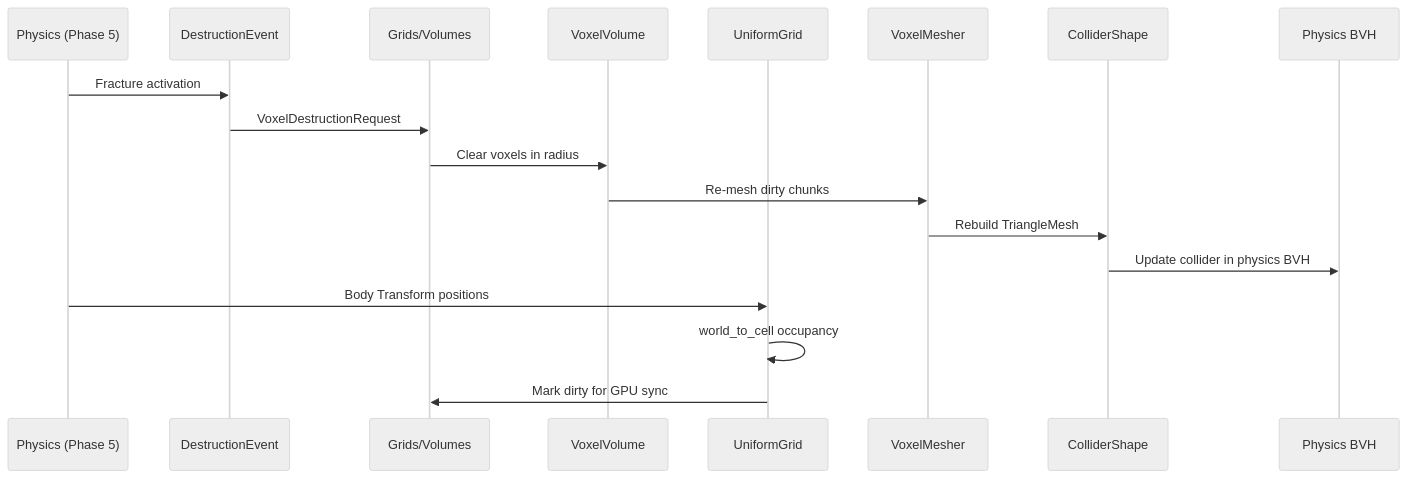
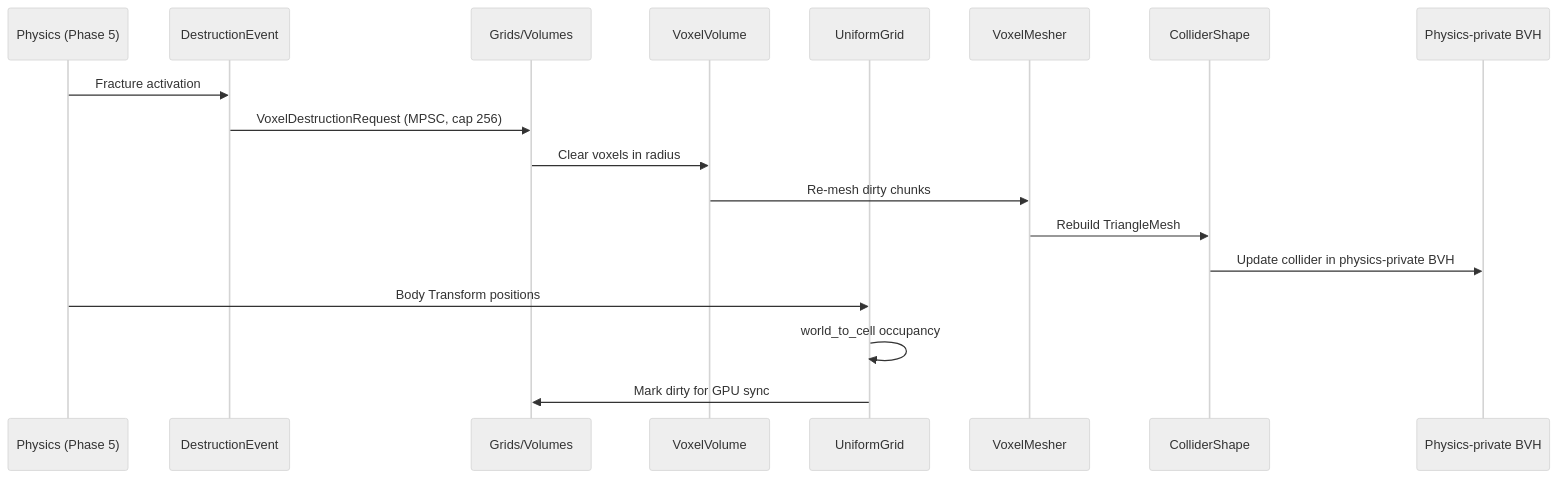
Before and after one commit to harmonius-dev/harmonius: the second of 2 diagrams in docs/design/integration/grids-volumes-physics.md, drawn with Mermaid (neutral theme). The commit also changed other lines of this file and 109 other files, not shown here.

````diff
--- a/docs/design/integration/grids-volumes-physics.md
+++ b/docs/design/integration/grids-volumes-physics.md
@@ -117,22 +198,22 @@
 ```mermaid
 sequenceDiagram
     participant PHYS as Physics (Phase 5)
     participant DE as DestructionEvent
     participant GV as Grids/Volumes
     participant VV as VoxelVolume
     participant UG as UniformGrid
     participant VM as VoxelMesher
     participant CS as ColliderShape
-    participant PBVH as Physics BVH
+    participant PBVH as Physics-private BVH
 
     PHYS->>DE: Fracture activation
-    DE->>GV: VoxelDestructionRequest
+    DE->>GV: VoxelDestructionRequest (MPSC, cap 256)
     GV->>VV: Clear voxels in radius
     VV->>VM: Re-mesh dirty chunks
     VM->>CS: Rebuild TriangleMesh
-    CS->>PBVH: Update collider in physics BVH
+    CS->>PBVH: Update collider in physics-private BVH
 
     PHYS->>UG: Body Transform positions
     UG->>UG: world_to_cell occupancy
     UG->>GV: Mark dirty for GPU sync
 ```
````
